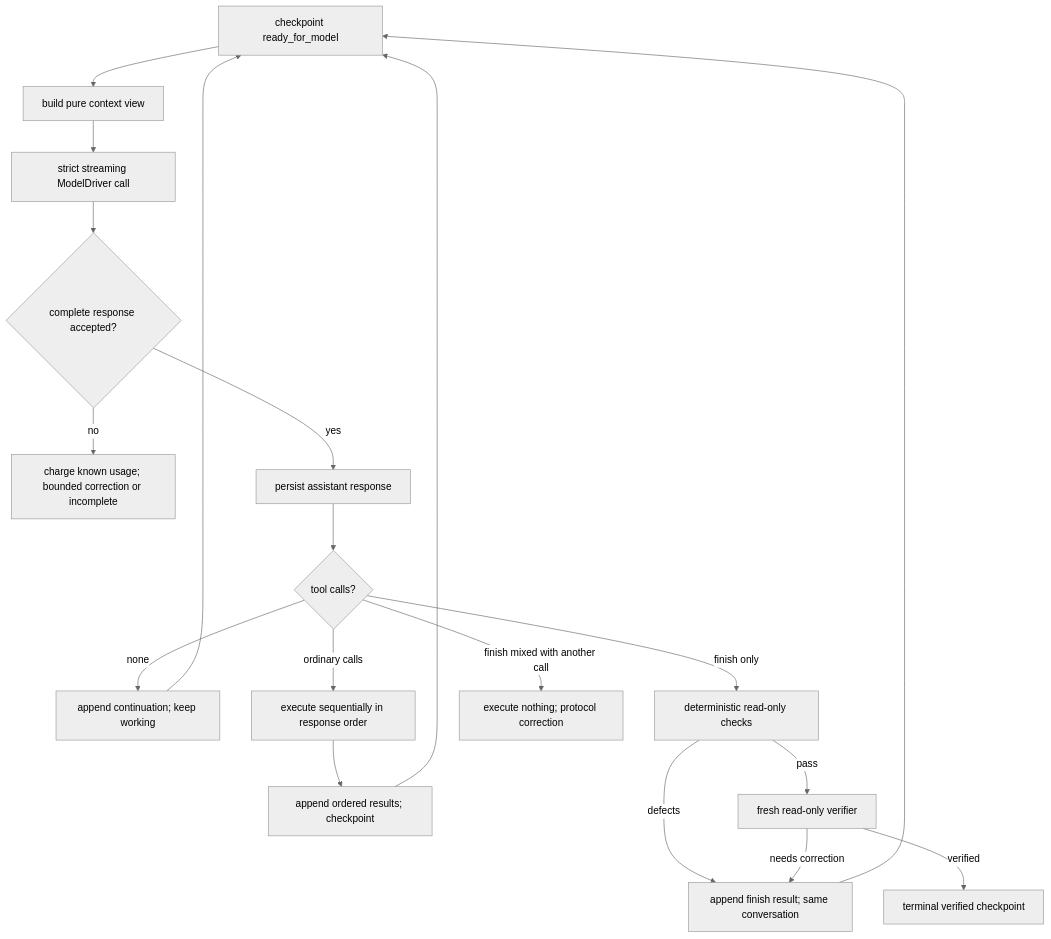
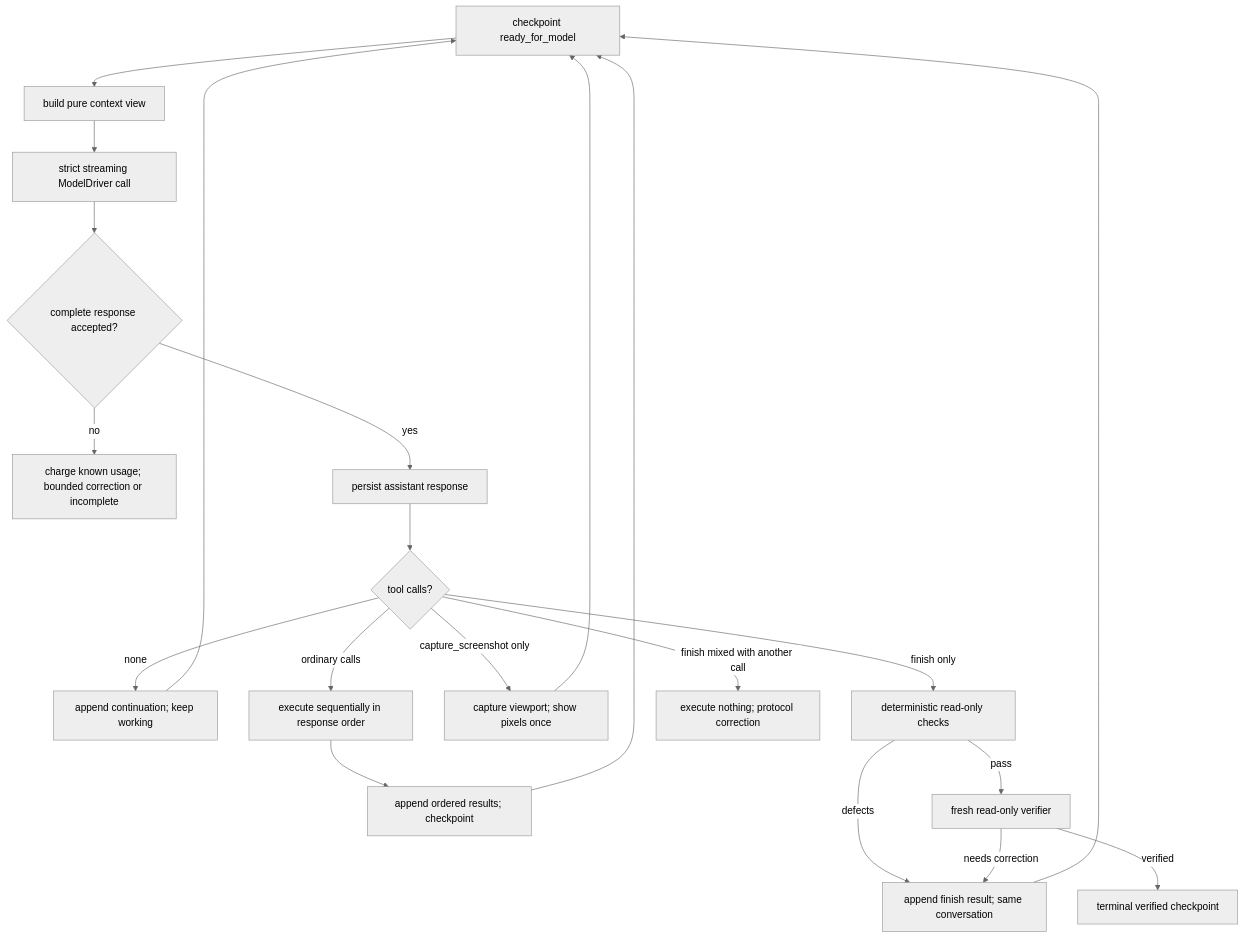
The second of 5 diagrams in .agents/summary/workflows.md (briosolivares/evidence-collection-agent), drawn with Mermaid (neutral theme) before and after one commit. The commit also changed other lines of this file and 62 other files, not shown here.

````diff
--- a/.agents/summary/workflows.md
+++ b/.agents/summary/workflows.md
@@ -48,21 +48,23 @@
 ```mermaid
 flowchart TD
     A["checkpoint ready_for_model"] --> B["build pure context view"]
     B --> C["strict streaming ModelDriver call"]
     C --> D{"complete response accepted?"}
     D -->|no| E["charge known usage; bounded correction or incomplete"]
     D -->|yes| F["persist assistant response"]
     F --> G{"tool calls?"}
     G -->|none| H["append continuation; keep working"]
     G -->|ordinary calls| I["execute sequentially in response order"]
+    G -->|capture_screenshot only| P["capture viewport; show pixels once"]
     I --> J["append ordered results; checkpoint"]
     G -->|finish only| K["deterministic read-only checks"]
     G -->|finish mixed with another call| L["execute nothing; protocol correction"]
     K -->|defects| M["append finish result; same conversation"]
     K -->|pass| N["fresh read-only verifier"]
     N -->|needs correction| M
     N -->|verified| O["terminal verified checkpoint"]
     H --> A
     J --> A
+    P --> A
     M --> A
 ```
````
